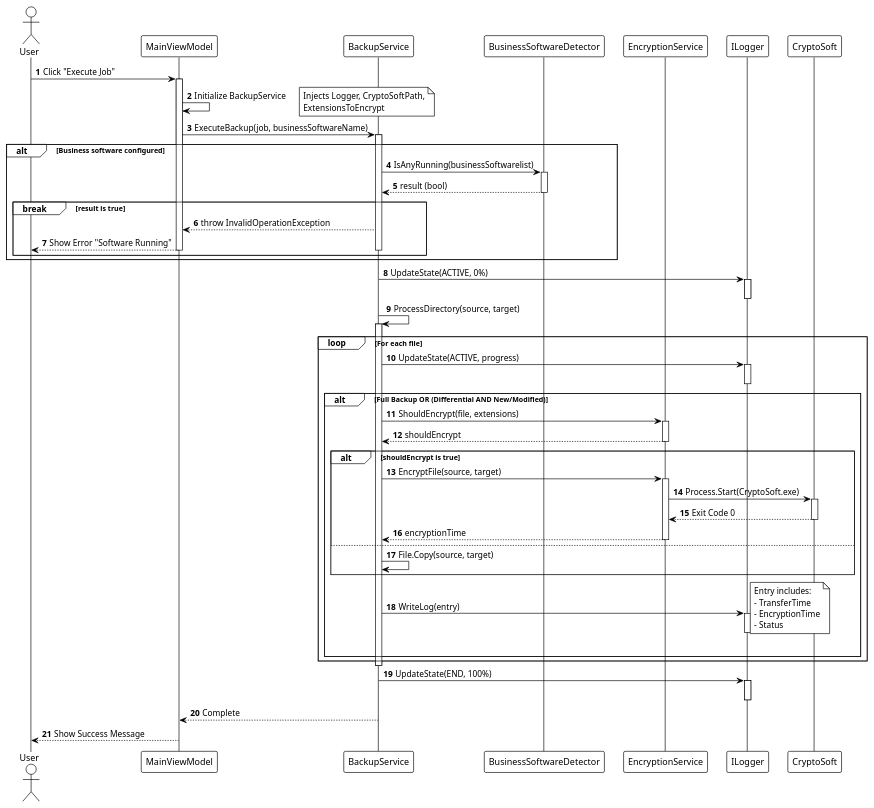
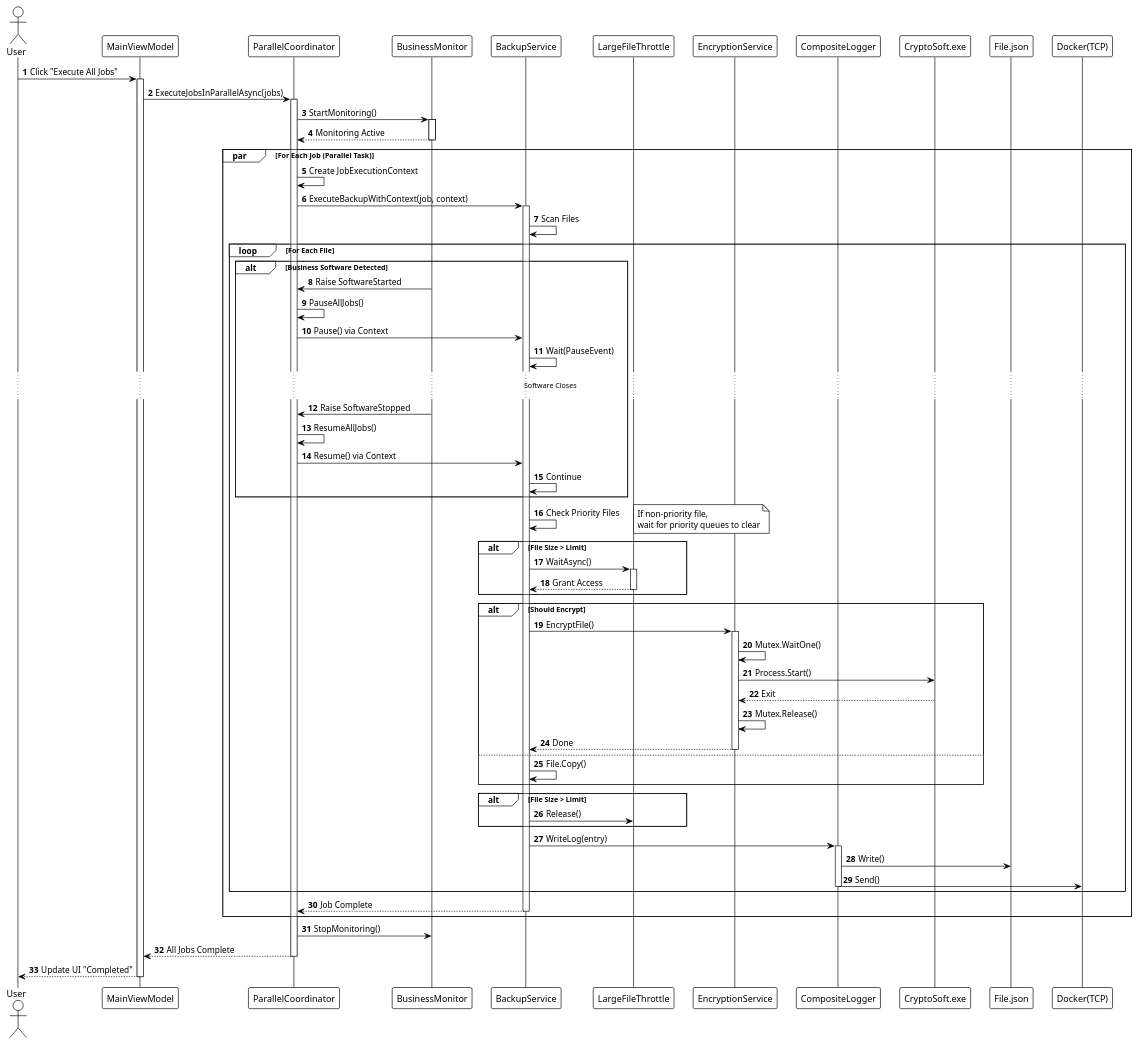
The diagram in UML/sequence_execute_backup.puml (PotaaatozWRLD/EasySave-Groupe-8), drawn with PlantUML before and after one commit. The commit also changed 28 other files, not shown here.

```diff
--- a/UML/sequence_execute_backup.puml
+++ b/UML/sequence_execute_backup.puml
@@ -1,99 +1,99 @@
-@startuml EasySave_Sequence_Execute_Backup_v2.0
+@startuml EasySave_Sequence_Parallel_Backup_v3.0
 !theme plain
 autonumber
 
 actor User
 participant "MainViewModel" as VM
-participant "BackupService" as BS
-participant "BusinessSoftwareDetector" as BSD
-participant "EncryptionService" as ES
-participant "ILogger" as Log
-participant "CryptoSoft" as CS
+participant "ParallelCoordinator" as Coord
+participant "BusinessMonitor" as Monitor
+participant "BackupService" as Svc
+participant "LargeFileThrottle" as Throttle
+participant "EncryptionService" as Crypto
+participant "CompositeLogger" as Log
 
-User -> VM : Click "Execute Job"
+User -> VM : Click "Execute All Jobs"
 activate VM
 
-VM -> VM : Initialize BackupService
-note right
-    Injects Logger, CryptoSoftPath,
-    ExtensionsToEncrypt
-end note
+VM -> Coord : ExecuteJobsInParallelAsync(jobs)
+activate Coord
 
-VM -> BS : ExecuteBackup(job, businessSoftwareName)
-activate BS
+Coord -> Monitor : StartMonitoring()
+activate Monitor
+Monitor --> Coord : Monitoring Active
+deactivate Monitor
 
-' Business Software Check
-alt Business software configured
-    BS -> BSD : IsAnyRunning(businessSoftwarelist)
-    activate BSD
-    BSD --> BS : result (bool)
-    deactivate BSD
+par For Each Job (Parallel Task)
+    Coord -> Coord : Create JobExecutionContext
     
-    break result is true
-        BS --> VM : throw InvalidOperationException
-        VM --> User : Show Error "Software Running"
-        deactivate BS
-        deactivate VM
-    end
-end
-
-' Start Backup
-BS -> Log : UpdateState(ACTIVE, 0%)
-activate Log
-deactivate Log
-
-BS -> BS : ProcessDirectory(source, target)
-activate BS
-
-loop For each file
-    BS -> Log : UpdateState(ACTIVE, progress)
-    activate Log
-    deactivate Log
-
-    alt Full Backup OR (Differential AND New/Modified)
-        
-        ' Check Encryption
-        BS -> ES : ShouldEncrypt(file, extensions)
-        activate ES
-        ES --> BS : shouldEncrypt
-        deactivate ES
-        
-        alt shouldEncrypt is true
-            BS -> ES : EncryptFile(source, target)
-            activate ES
-            ES -> CS : Process.Start(CryptoSoft.exe)
-            activate CS
-            CS --> ES : Exit Code 0
-            deactivate CS
-            ES --> BS : encryptionTime
-            deactivate ES
-        else
-            BS -> BS : File.Copy(source, target)
+    Coord -> Svc : ExecuteBackupWithContext(job, context)
+    activate Svc
+    
+    Svc -> Svc : Scan Files
+    
+    loop For Each File
+        ' Business Logic Check
+        alt Business Software Detected
+            Monitor -> Coord : Raise SoftwareStarted
+            Coord -> Coord : PauseAllJobs()
+            Coord -> Svc : Pause() via Context
+            Svc -> Svc : Wait(PauseEvent)
+            
+            ... Software Closes ...
+            
+            Monitor -> Coord : Raise SoftwareStopped
+            Coord -> Coord : ResumeAllJobs()
+            Coord -> Svc : Resume() via Context
+            Svc -> Svc : Continue
         end
         
-        BS -> Log : WriteLog(entry)
+        ' Priority Handling
+        Svc -> Svc : Check Priority Files
+        note right: If non-priority file,\nwait for priority queues to clear
+        
+        ' Large File Throttling
+        alt File Size > Limit
+            Svc -> Throttle : WaitAsync()
+            activate Throttle
+            Throttle --> Svc : Grant Access
+            deactivate Throttle
+        end
+        
+        ' Process File
+        alt Should Encrypt
+            Svc -> Crypto : EncryptFile()
+            activate Crypto
+            Crypto -> Crypto : Mutex.WaitOne()
+            Crypto -> "CryptoSoft.exe" : Process.Start()
+            "CryptoSoft.exe" --> Crypto : Exit
+            Crypto -> Crypto : Mutex.Release()
+            Crypto --> Svc : Done
+            deactivate Crypto
+        else
+            Svc -> Svc : File.Copy()
+        end
+        
+        ' Release Throttle
+        alt File Size > Limit
+            Svc -> Throttle : Release()
+        end
+        
+        Svc -> Log : WriteLog(entry)
         activate Log
-        note right
-             Entry includes:
-             - TransferTime
-             - EncryptionTime
-             - Status
-        end note
+        Log -> "File.json" : Write()
+        Log -> "Docker(TCP)" : Send()
         deactivate Log
         
     end
+    
+    Svc --> Coord : Job Complete
+    deactivate Svc
 end
 
-deactivate BS
+Coord -> Monitor : StopMonitoring()
+Coord --> VM : All Jobs Complete
+deactivate Coord
 
-BS -> Log : UpdateState(END, 100%)
-activate Log
-deactivate Log
-
-BS --> VM : Complete
-deactivate BS
-
-VM --> User : Show Success Message
+VM --> User : Update UI "Completed"
 deactivate VM
 
 @enduml
```
